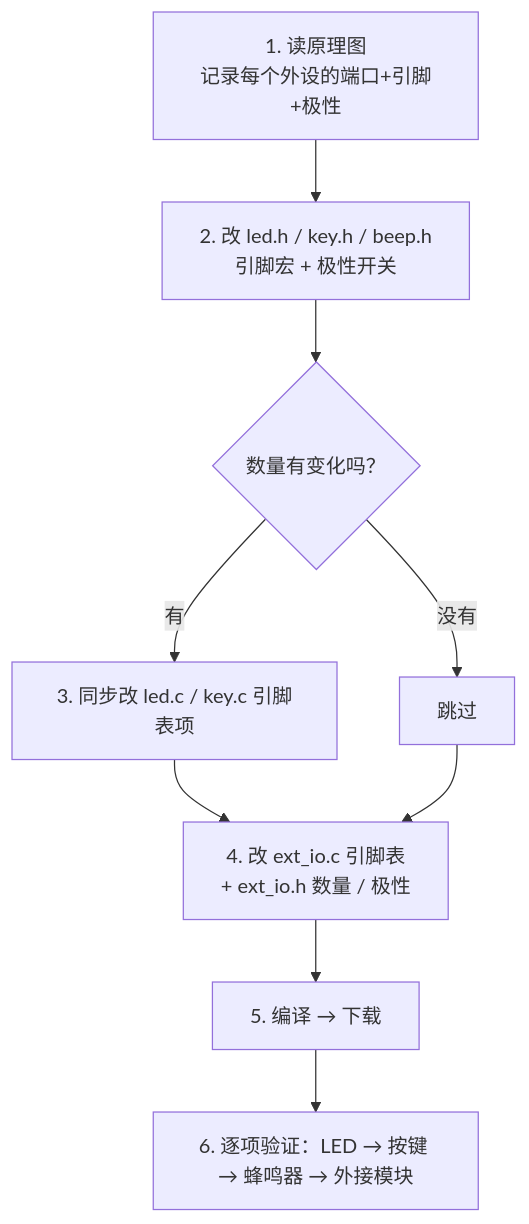
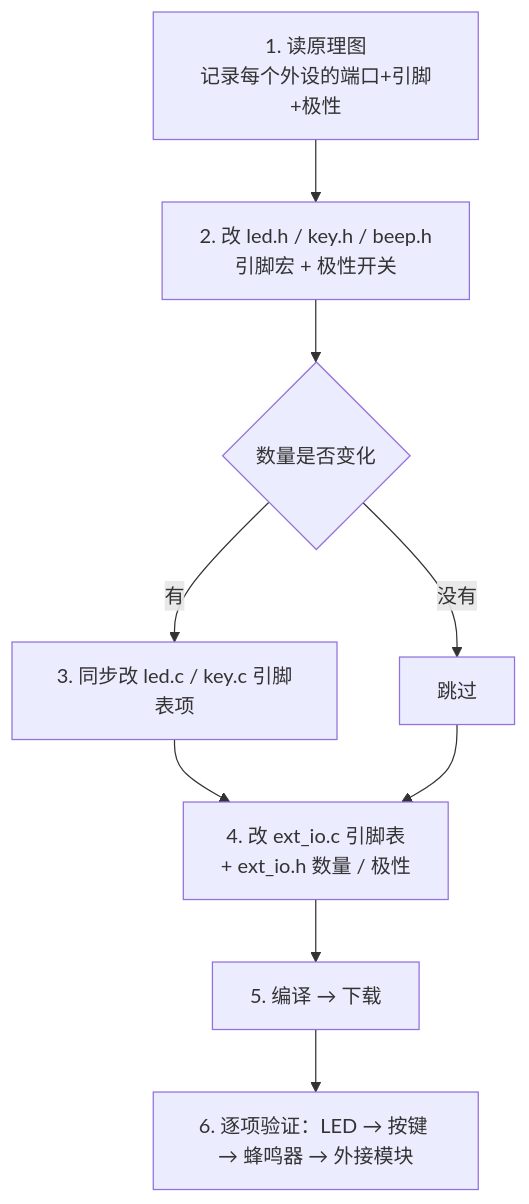
Before and after one commit to lmh666-yes/Second_Project_Demo: the second of 2 diagrams in S_N_sys/Project_1_检测端/Project/README.md, drawn with Mermaid. The commit also changed other lines of this file and 256 other files, not shown here.

````diff
--- a/S_N_sys/Project_1_检测端/Project/README.md
+++ b/S_N_sys/Project_1_检测端/Project/README.md
@@ -1461,11 +1467,11 @@
 ```mermaid
 flowchart TD
     A["1. 读原理图<br/>记录每个外设的端口+引脚+极性"] --> B["2. 改 led.h / key.h / beep.h<br/>引脚宏 + 极性开关"]
-    B --> C{"数量有变化吗？"}
+    B --> C{"数量是否变化"}
     C -->|有| D["3. 同步改 led.c / key.c 引脚表项"]
     C -->|没有| E["跳过"]
     D --> F["4. 改 ext_io.c 引脚表<br/>+ ext_io.h 数量 / 极性"]
     E --> F
     F --> G["5. 编译 → 下载"]
     G --> H["6. 逐项验证：LED → 按键 → 蜂鸣器 → 外接模块"]
 ```
````
